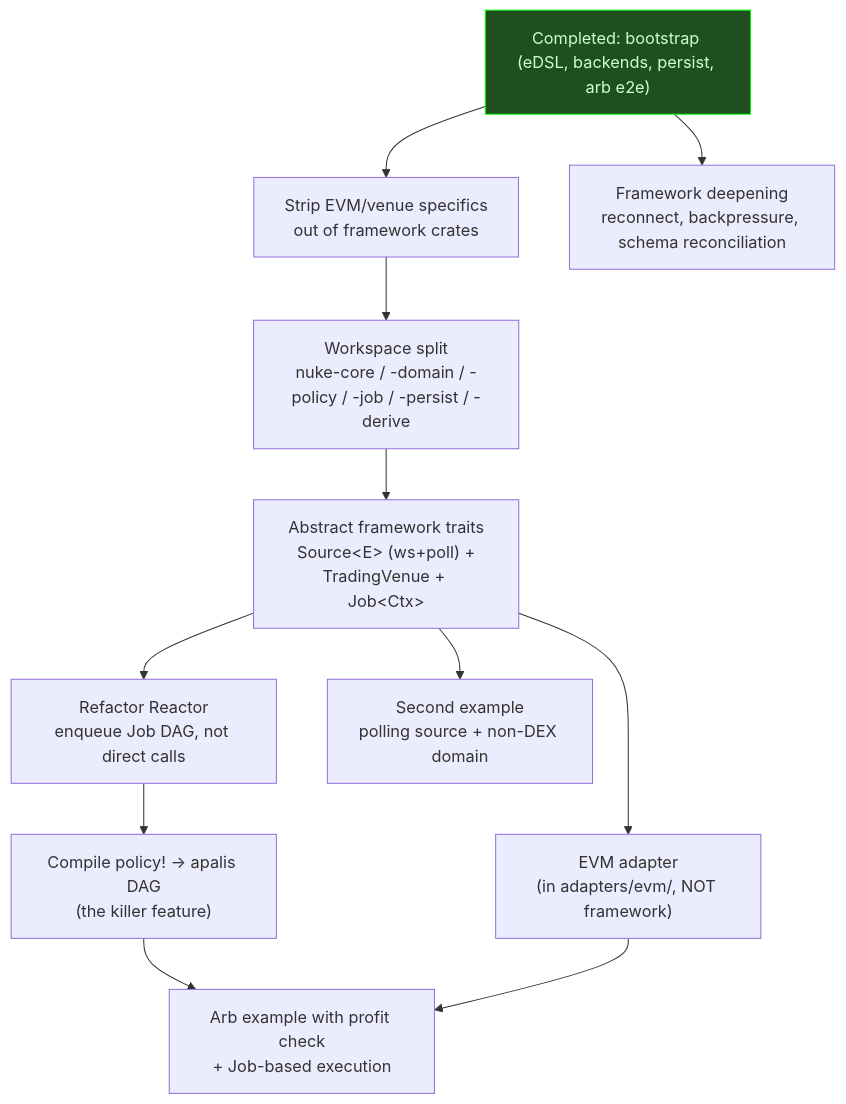
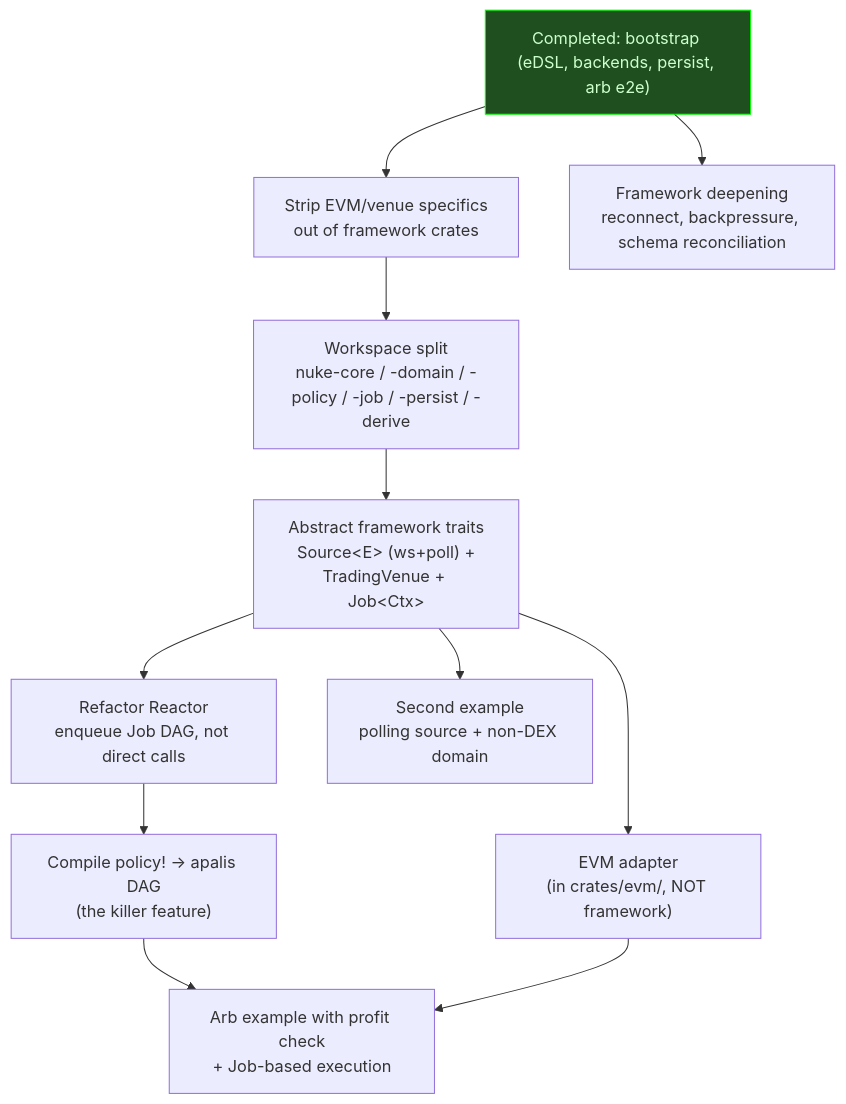
The diagram in ROADMAP.md (0xgleb/nuke-rs), drawn with Mermaid before and after one commit. The commit also changed other lines of this file and 13 other files, not shown here.

Commit message:
Move adapters/evm{,-derive} to crates/ (flat workspace, no separate adapters dir)

````diff
--- a/ROADMAP.md
+++ b/ROADMAP.md
@@ -13,30 +13,30 @@
 ```mermaid
 graph TD
     Bootstrap["Completed: bootstrap (eDSL, backends, persist, arb e2e)"]:::done
 
     StripVenue["Strip EVM/venue specifics<br/>out of framework crates"]
     WorkspaceSplit["Workspace split<br/>nuke-core / -domain / -policy / -job / -persist / -derive"]
 
     AbstractTraits["Abstract framework traits<br/>Source&lt;E&gt; (ws+poll) +<br/>TradingVenue + Job&lt;Ctx&gt;"]
     ReactorRefactor["Refactor Reactor<br/>enqueue Job DAG, not direct calls"]
     PolicyToDag["Compile policy! → apalis DAG<br/>(the killer feature)"]
 
-    EvmAdapter["EVM adapter<br/>(in adapters/evm/, NOT framework)"]
+    EvmAdapter["EVM adapter<br/>(in crates/evm/, NOT framework)"]
     ArbBotV2["Arb example with profit check<br/>+ Job-based execution"]
     SecondExample["Second example<br/>polling source + non-DEX domain"]
 
     FrameworkDeepening["Framework deepening<br/>reconnect, backpressure, schema reconciliation"]
 
     Bootstrap --> StripVenue
     StripVenue --> WorkspaceSplit
     WorkspaceSplit --> AbstractTraits
     AbstractTraits --> ReactorRefactor
     ReactorRefactor --> PolicyToDag
     AbstractTraits --> EvmAdapter
     PolicyToDag --> ArbBotV2
     EvmAdapter --> ArbBotV2
     AbstractTraits --> SecondExample
     Bootstrap --> FrameworkDeepening
 
     classDef done fill:#1f4f1f,stroke:#0f0,color:#cfc
 ```
````
